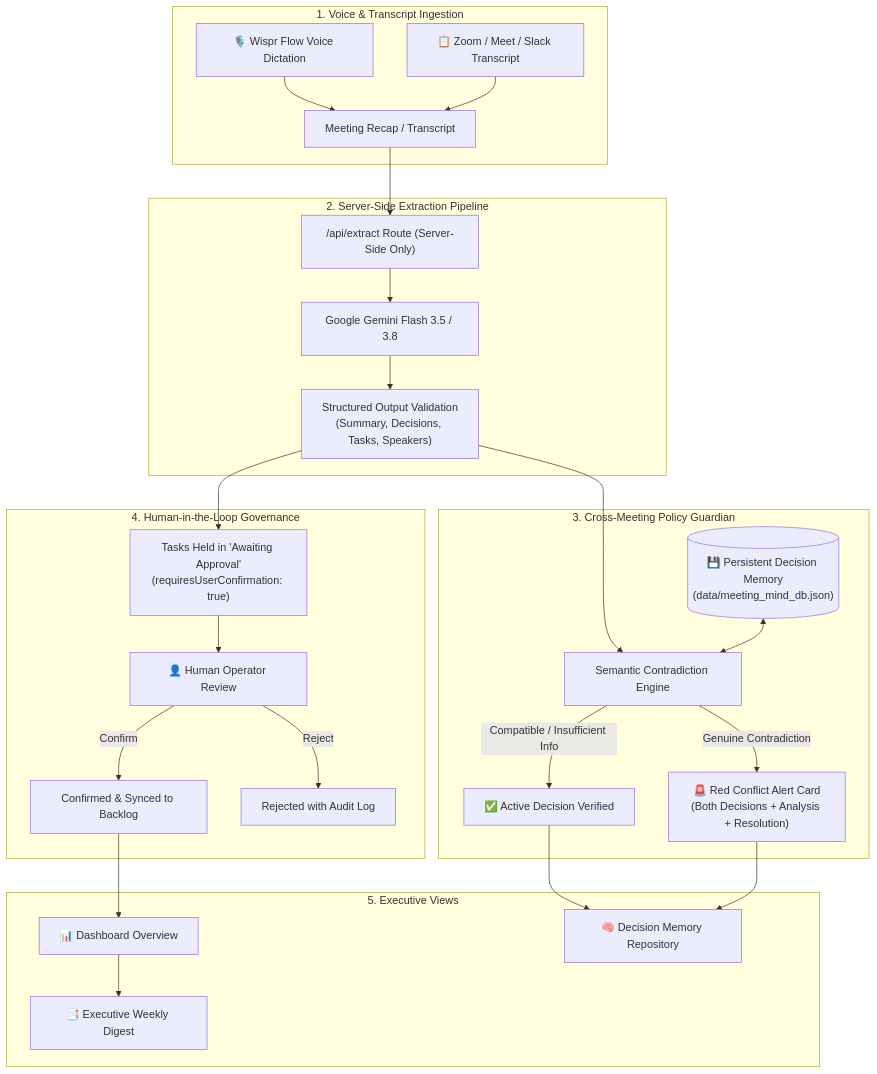
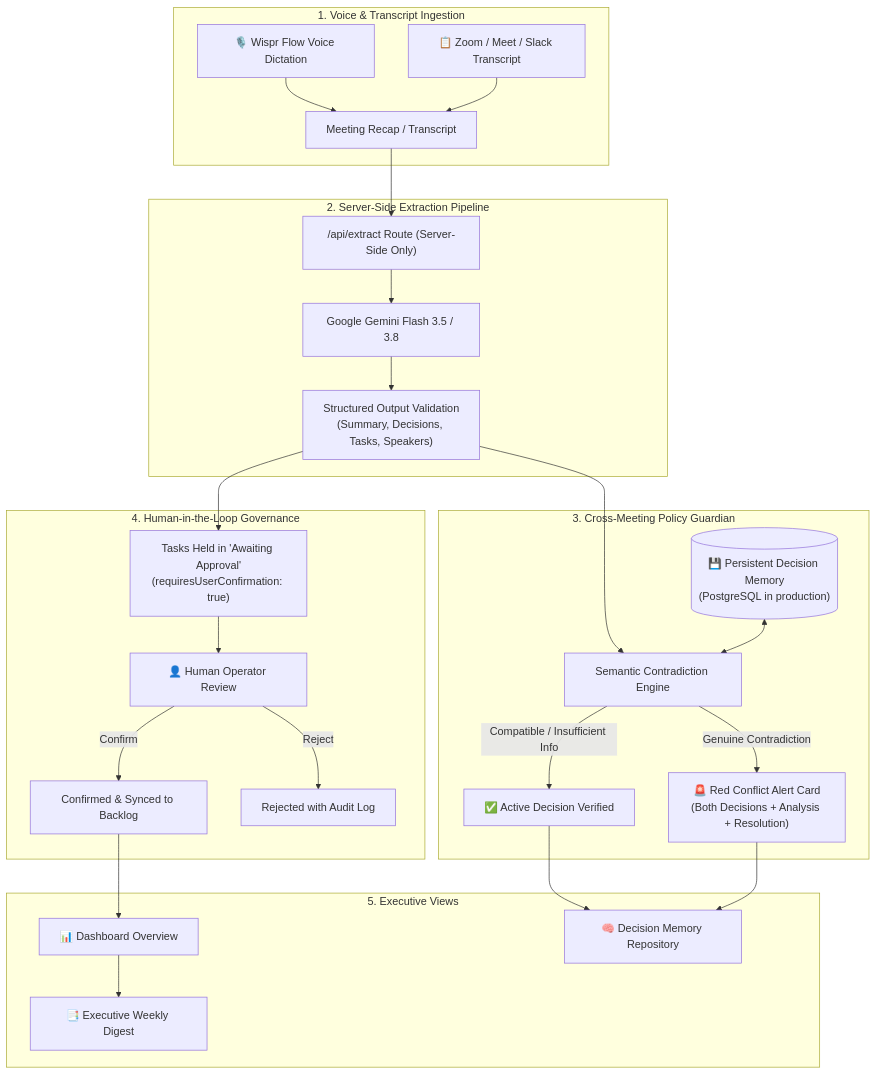
The first of 2 diagrams in README.md (nikhi20-900/meeting-mind), drawn with Mermaid before and after one commit. The commit also changed other lines of this file and 8 other files, not shown here.

````diff
--- a/README.md
+++ b/README.md
@@ -39,34 +39,34 @@
 ```mermaid
 flowchart TD
     subgraph Input ["1. Voice & Transcript Ingestion"]
         A["🎙️ Wispr Flow Voice Dictation"] --> C["Meeting Recap / Transcript"]
         B["📋 Zoom / Meet / Slack Transcript"] --> C
     end
 
     subgraph LLM ["2. Server-Side Extraction Pipeline"]
         C --> D["/api/extract Route (Server-Side Only)"]
         D --> E["Google Gemini Flash 3.5 / 3.8"]
         E --> F["Structured Output Validation<br/>(Summary, Decisions, Tasks, Speakers)"]
     end
 
     subgraph Audit ["3. Cross-Meeting Policy Guardian"]
         F --> G["Semantic Contradiction Engine"]
-        H[("💾 Persistent Decision Memory<br/>(data/meeting_mind_db.json)")] <--> G
+        H[("💾 Persistent Decision Memory<br/>(PostgreSQL in production)")] <--> G
         G -->|Genuine Contradiction| I["🚨 Red Conflict Alert Card<br/>(Both Decisions + Analysis + Resolution)"]
         G -->|Compatible / Insufficient Info| J["✅ Active Decision Verified"]
     end
 
     subgraph Governance ["4. Human-in-the-Loop Governance"]
         F --> K["Tasks Held in 'Awaiting Approval'<br/>(requiresUserConfirmation: true)"]
         K --> L["👤 Human Operator Review"]
         L -->|Confirm| M["Confirmed & Synced to Backlog"]
         L -->|Reject| N["Rejected with Audit Log"]
     end
 
     subgraph UI ["5. Executive Views"]
         M --> O["📊 Dashboard Overview"]
         J --> P["🧠 Decision Memory Repository"]
         I --> P
         O --> Q["📑 Executive Weekly Digest"]
     end
 ```
````
